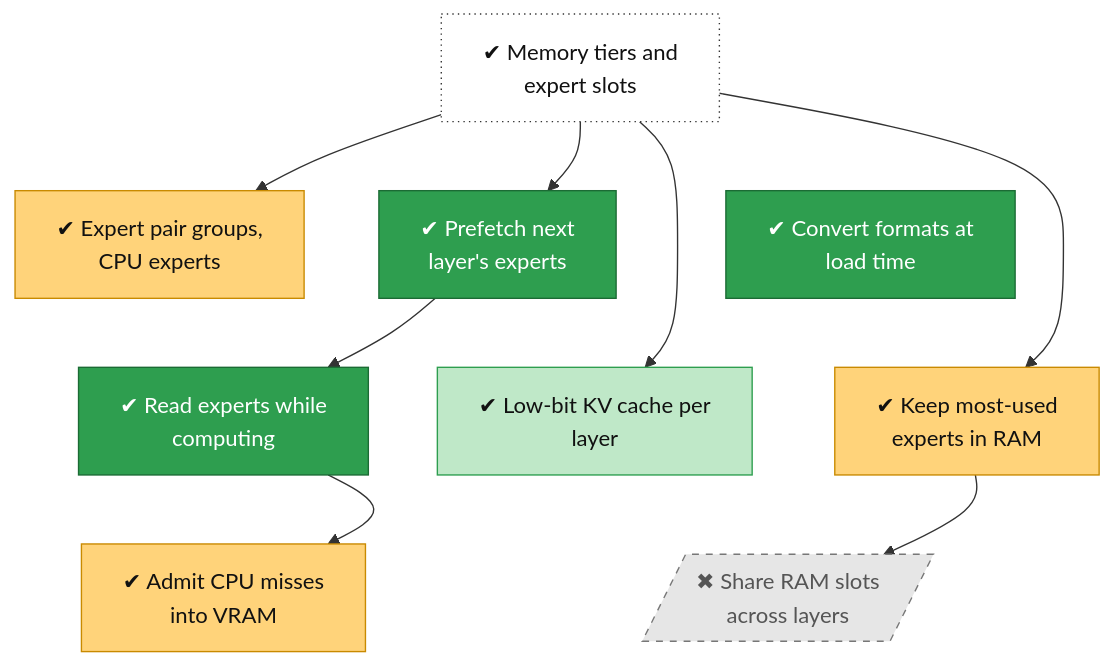
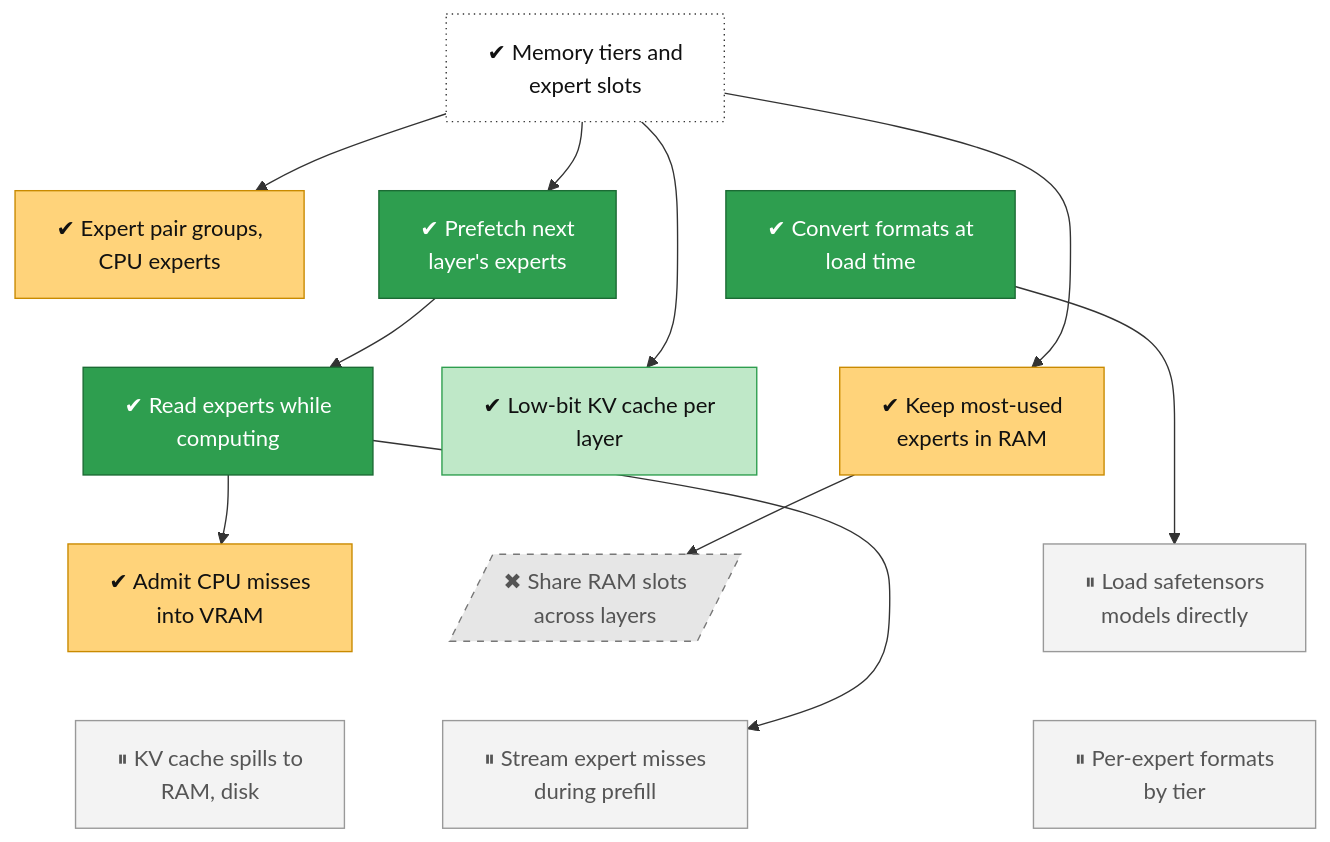
One commit to lhns/tetraeder changed the diagram in docs/roadmap/tracks/memory.md. Above: the diagram before and after it, drawn with Mermaid. The commit also changed other lines of this file and 12 other files, not shown here.

Commit message:
Roadmap: forward nodes for every unbuilt planned item (phases 6 to 9, parked Phase 2 to 5 items, Track B, D1), cluster track, box-later and cluster lanes

````diff
--- a/docs/roadmap/tracks/memory.md
+++ b/docs/roadmap/tracks/memory.md
@@ -10,47 +10,57 @@
 ```mermaid
 flowchart TB
     memory_tiers["✔ Memory tiers and<br/>expert slots"]
     memory_pair_groups["✔ Expert pair groups,<br/>CPU experts"]
     memory_prefetch["✔ Prefetch next<br/>layer's experts"]
     memory_conversion["✔ Convert formats at<br/>load time"]
     memory_io_service["✔ Read experts while<br/>computing"]
     memory_low_bit_kv["✔ Low-bit KV cache per<br/>layer"]
     memory_ram_freq["✔ Keep most-used<br/>experts in RAM"]
     memory_adaptive_tier["✔ Admit CPU misses<br/>into VRAM"]
     memory_ram_pool[/"✖ Share RAM slots<br/>across layers"/]
+    memory_safetensors["⏸ Load safetensors<br/>models directly"]
+    memory_kv_tiers["⏸ KV cache spills to<br/>RAM, disk"]
+    memory_prefill_misses["⏸ Stream expert misses<br/>during prefill"]
+    memory_typed_slots["⏸ Per-expert formats<br/>by tier"]
     memory_tiers ~~~ memory_pair_groups
     memory_tiers ~~~ memory_prefetch
     memory_tiers ~~~ memory_conversion
     memory_pair_groups ~~~ memory_io_service
     memory_prefetch ~~~ memory_low_bit_kv
     memory_conversion ~~~ memory_ram_freq
     memory_io_service ~~~ memory_adaptive_tier
     memory_low_bit_kv ~~~ memory_ram_pool
-    memory_ram_freq ~~~ memory_ram_pool
+    memory_ram_freq ~~~ memory_safetensors
+    memory_adaptive_tier ~~~ memory_kv_tiers
+    memory_ram_pool ~~~ memory_prefill_misses
+    memory_safetensors ~~~ memory_typed_slots
     memory_tiers --> memory_pair_groups
     memory_tiers --> memory_prefetch
     memory_prefetch --> memory_io_service
     memory_tiers --> memory_low_bit_kv
     memory_tiers --> memory_ram_freq
     memory_io_service --> memory_adaptive_tier
     memory_ram_freq --> memory_ram_pool
+    memory_conversion --> memory_safetensors
+    memory_io_service --> memory_prefill_misses
     classDef vsucc fill:#2e9e4f,stroke:#1b6b34,color:#fff
     classDef succ fill:#bfe8c8,stroke:#2e9e4f,color:#111
     classDef mixed fill:#ffd37a,stroke:#c98a00,color:#111
     classDef bad fill:#f28b82,stroke:#b3261e,color:#111
     classDef dead fill:#e6e6e6,stroke:#777,stroke-dasharray:5 5,color:#555
     classDef inprog fill:#a8cdf5,stroke:#1f6fc5,color:#111
     classDef next fill:#fff,stroke:#333,color:#111
     classDef blocked fill:#fff,stroke:#b3261e,stroke-dasharray:2 2,color:#111
     classDef parked fill:#f3f3f3,stroke:#999,color:#555
     classDef unrated fill:#fff,stroke:#333,stroke-dasharray:1 3,color:#111
     classDef gate fill:#d9c2f0,stroke:#7b3fb5,color:#111
     classDef decided fill:#ece0f7,stroke:#7b3fb5,stroke-dasharray:2 2,color:#111
     classDef finding fill:#ffe0b2,stroke:#d84315,stroke-width:2px,color:#111
     classDef waiting fill:#e3f2fd,stroke:#1f6fc5,stroke-dasharray:5 5,color:#111
     class memory_tiers unrated
     class memory_pair_groups,memory_ram_freq,memory_adaptive_tier mixed
     class memory_prefetch,memory_conversion,memory_io_service vsucc
     class memory_low_bit_kv succ
     class memory_ram_pool dead
+    class memory_safetensors,memory_kv_tiers,memory_prefill_misses,memory_typed_slots parked
 ```
````
